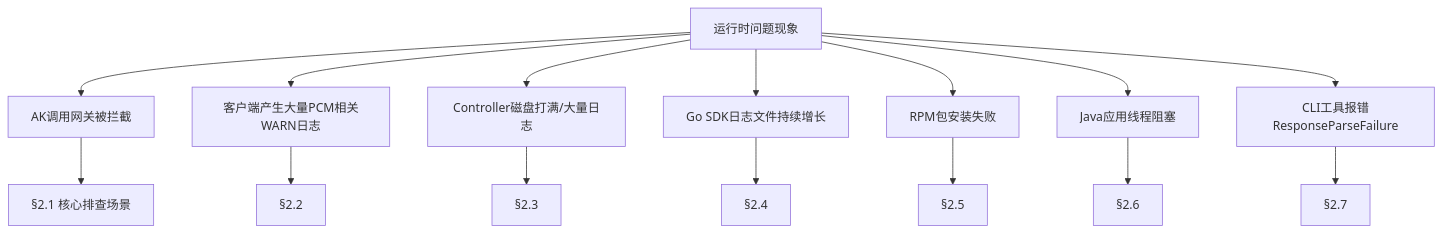
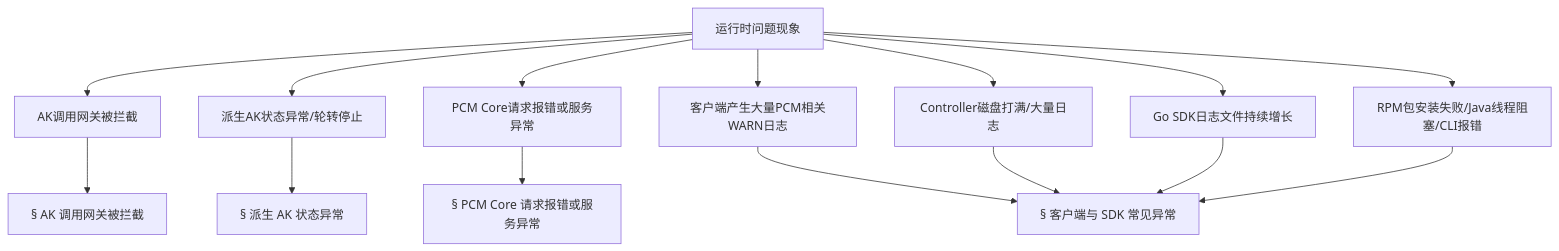
Before and after one commit to syj108/knowledge--base: the first of 2 diagrams in pages/PCM/平台凭证管理服务/方案支撑文档/典型问题排查解决方案.md, drawn with Mermaid. The commit also changed other lines of this file and 9 other files, not shown here.

````diff
--- a/pages/PCM/平台凭证管理服务/方案支撑文档/典型问题排查解决方案.md
+++ b/pages/PCM/平台凭证管理服务/方案支撑文档/典型问题排查解决方案.md
@@ -5,18 +5,18 @@
 ```mermaid
 graph TD
     Start[运行时问题现象] --> P1[AK调用网关被拦截]
-    Start --> P2[客户端产生大量PCM相关WARN日志]
-    Start --> P3[Controller磁盘打满/大量日志]
-    Start --> P4[Go SDK日志文件持续增长]
-    Start --> P5[RPM包安装失败]
-    Start --> P6[Java应用线程阻塞]
-    Start --> P7[CLI工具报错ResponseParseFailure]
+    Start --> P2[派生AK状态异常/轮转停止]
+    Start --> P3[PCM Core请求报错或服务异常]
+    Start --> P4[客户端产生大量PCM相关WARN日志]
+    Start --> P5[Controller磁盘打满/大量日志]
+    Start --> P6[Go SDK日志文件持续增长]
+    Start --> P7[RPM包安装失败/Java线程阻塞/CLI报错]
 
-    P1 --> S1[§2.1 核心排查场景]
-    P2 --> S2[§2.2]
-    P3 --> S3[§2.3]
-    P4 --> S4[§2.4]
-    P5 --> S5[§2.5]
-    P6 --> S6[§2.6]
-    P7 --> S7[§2.7]
+    P1 --> S1[§ AK 调用网关被拦截]
+    P2 --> S2[§ 派生 AK 状态异常]
+    P3 --> S3[§ PCM Core 请求报错或服务异常]
+    P4 --> S4[§ 客户端与 SDK 常见异常]
+    P5 --> S4
+    P6 --> S4
+    P7 --> S4
 ```
````
